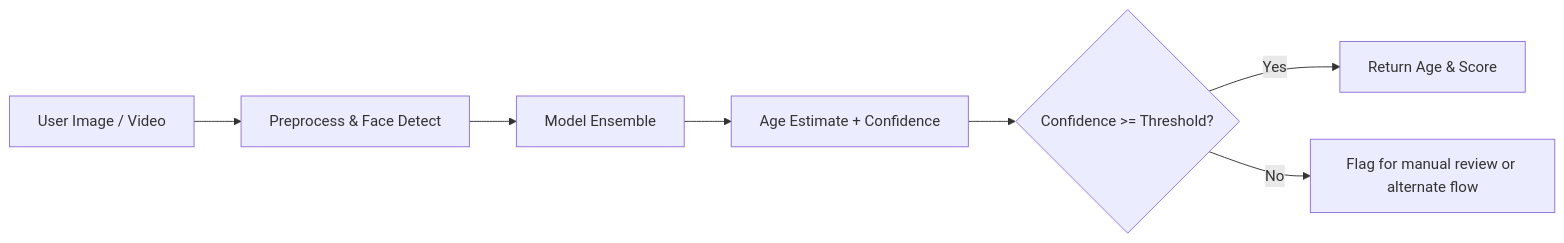
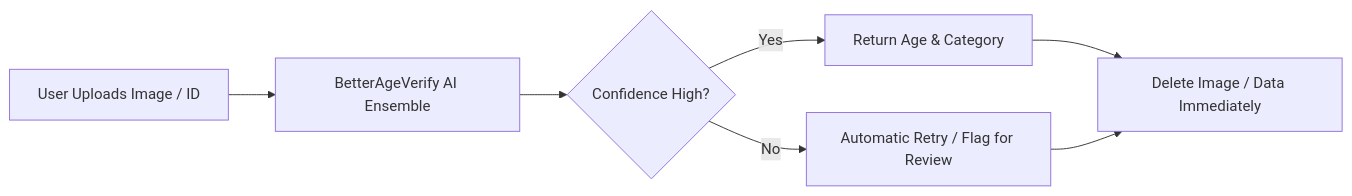
One commit to BetterAgeVerify/BetterAgeVerify changed the fourth of 4 diagrams in README.md. Above: the diagram before and after it, drawn with Mermaid. The commit also changed other lines of this file, not shown here.

````diff
--- a/README.md
+++ b/README.md
@@ -79,9 +198,9 @@
 ```mermaid
-flowchart LR
-  Input[User Image / Video] --> Pre[Preprocess & Face Detect]
-  Pre --> Models[Model Ensemble]
-  Models --> Score[Age Estimate + Confidence]
-  Score --> Decision{Confidence >= Threshold?}
-  Decision -->|Yes| Accept[Return Age & Score]
-  Decision -->|No| Flag[Flag for manual review or alternate flow]
+graph LR
+A[User Uploads Image / ID] --> B[BetterAgeVerify AI Ensemble]
+B --> C{Confidence High?}
+C -->|Yes| D[Return Age & Category]
+C -->|No| E[Automatic Retry / Flag for Review]
+D --> F[Delete Image / Data Immediately]
+E --> F
 ```
````
